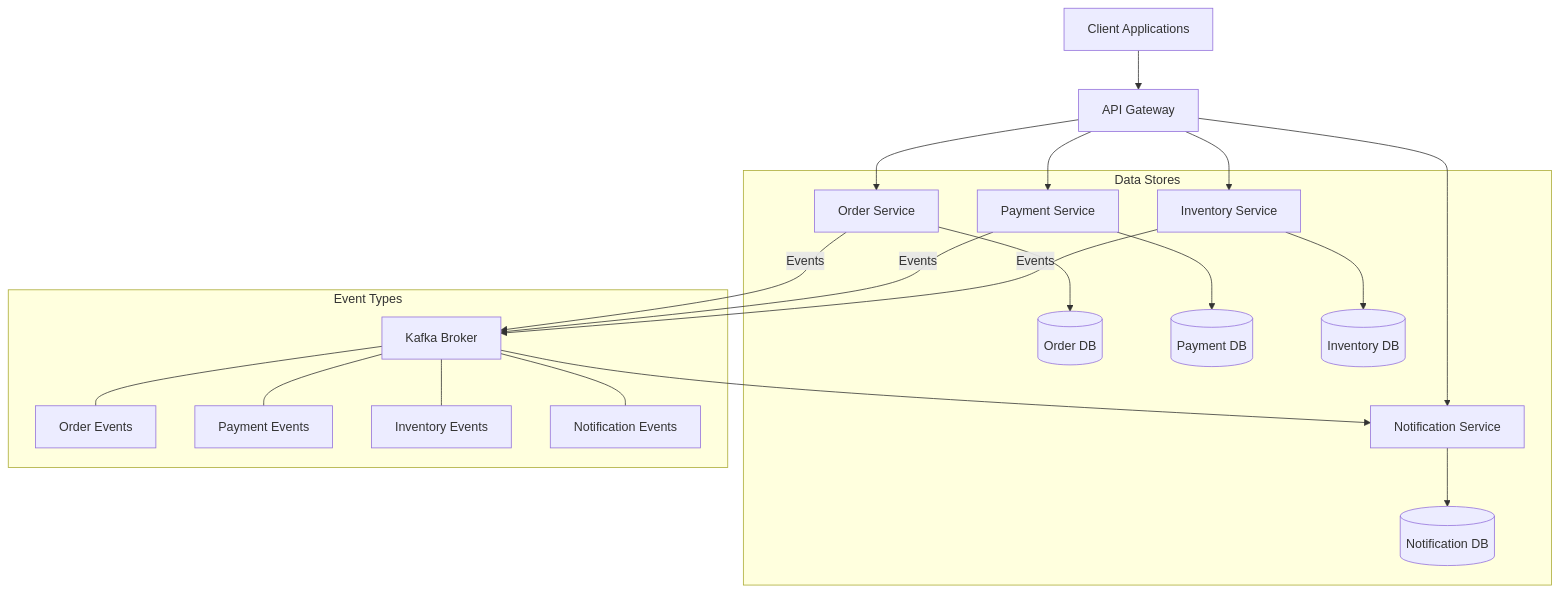
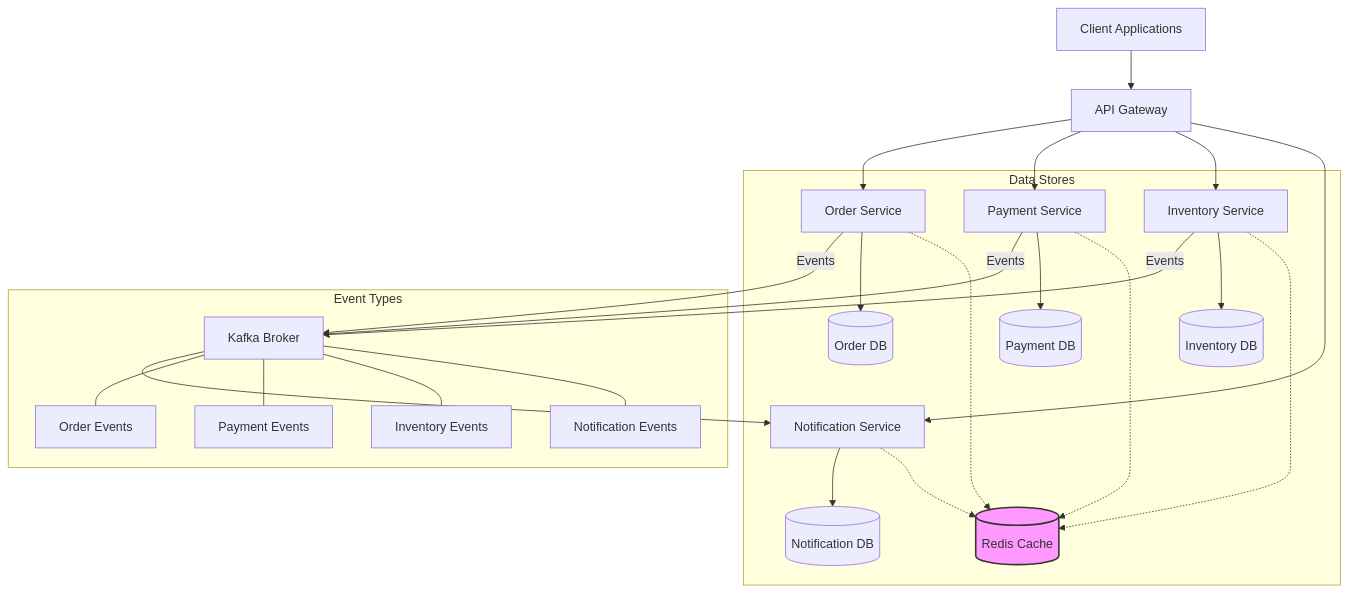
Before and after one commit to kasalaashif/Projects: the first of 6 diagrams in Event Driven Order Processing System ( Micro Services )/README.md, drawn with Mermaid. The commit also changed other lines of this file, not shown here.

Commit message:
Add Docker, Zookeeper, and Kafka architecture diagram to README

````diff
--- a/Event Driven Order Processing System ( Micro Services )/README.md
+++ b/Event Driven Order Processing System ( Micro Services )/README.md
@@ -59,27 +59,34 @@
 ```mermaid
 graph TB
     Client[Client Applications] --> API[API Gateway]
     API --> OS[Order Service]
     API --> PS[Payment Service]
     API --> IS[Inventory Service]
     API --> NS[Notification Service]
     
     OS --> |Events| KB[Kafka Broker]
     PS --> |Events| KB
     IS --> |Events| KB
     KB --> NS
     
     subgraph Data Stores
         OS --> OrderDB[(Order DB)]
         PS --> PaymentDB[(Payment DB)]
         IS --> InventoryDB[(Inventory DB)]
         NS --> NotificationDB[(Notification DB)]
+        OS -.-> Redis[(Redis Cache)]
+        PS -.-> Redis
+        IS -.-> Redis
+        NS -.-> Redis
     end
 
     subgraph Event Types
         KB --- OE[Order Events]
         KB --- PE[Payment Events]
         KB --- IE[Inventory Events]
         KB --- NE[Notification Events]
     end
+
+    classDef cache fill:#f9f,stroke:#333,stroke-width:2px;
+    class Redis cache;
 ```
````
